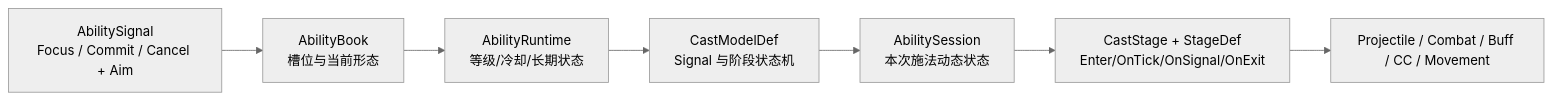
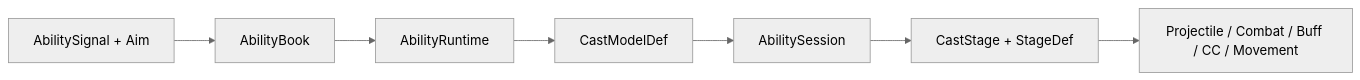
One commit to Mosya-CX/FrameSyncMobaDemo changed the fifth of 9 diagrams in README.md. Above: the diagram before and after it, drawn with Mermaid (neutral theme). The commit also changed other lines of this file, not shown here.

````diff
--- a/README.md
+++ b/README.md
@@ -221,9 +170,9 @@
 ```mermaid
 flowchart LR
-    Signal["AbilitySignal<br/>Focus / Commit / Cancel + Aim"] --> Book["AbilityBook<br/>槽位与当前形态"]
-    Book --> Runtime["AbilityRuntime<br/>等级/冷却/长期状态"]
-    Runtime --> Model["CastModelDef<br/>Signal 与阶段状态机"]
-    Model --> Session["AbilitySession<br/>本次施法动态状态"]
-    Session --> Stage["CastStage + StageDef<br/>Enter/OnTick/OnSignal/OnExit"]
-    Stage --> Systems["Projectile / Combat / Buff / CC / Movement"]
+    Signal[AbilitySignal + Aim] --> Book[AbilityBook]
+    Book --> Runtime[AbilityRuntime]
+    Runtime --> Model[CastModelDef]
+    Model --> Session[AbilitySession]
+    Session --> Stage[CastStage + StageDef]
+    Stage --> Systems[Projectile / Combat / Buff / CC / Movement]
 ```
````
